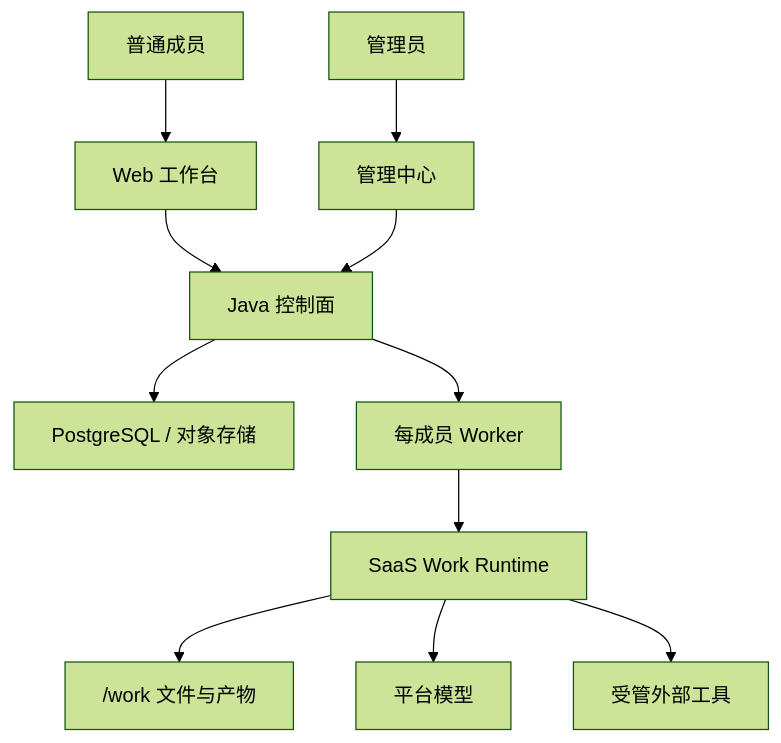
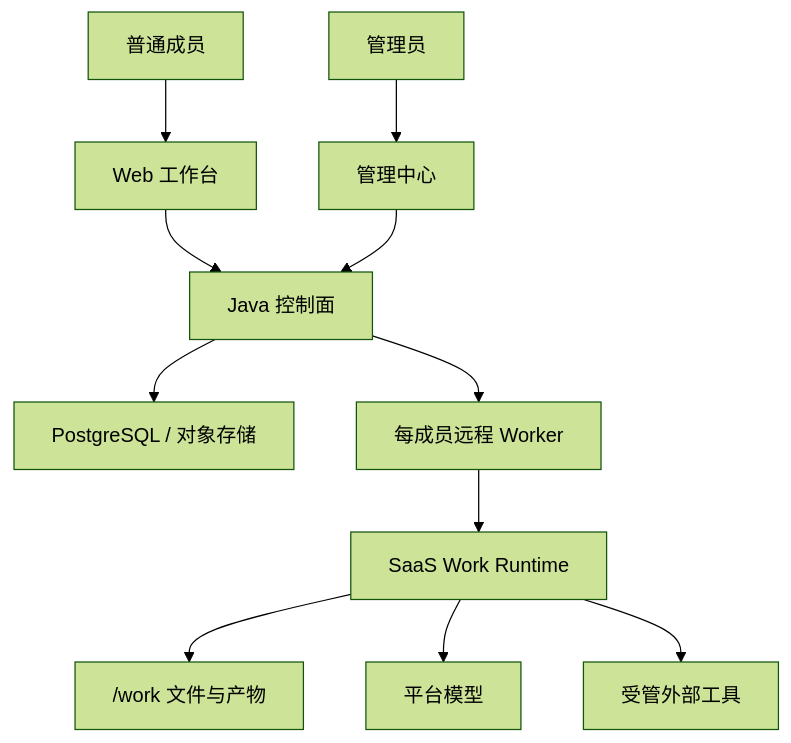
One commit to zzc-101/Kross changed the diagram in README.zh-CN.md. Above: the diagram before and after it, drawn with Mermaid (forest theme). The commit also changed other lines of this file and 1 other file, not shown here.

````diff
--- a/README.zh-CN.md
+++ b/README.zh-CN.md
@@ -53,13 +72,13 @@
 ```mermaid
 flowchart TB
     U["普通成员"] --> WEB["Web 工作台"]
     A["管理员"] --> ADMIN["管理中心"]
     WEB --> CP["Java 控制面"]
     ADMIN --> CP
     CP --> DB["PostgreSQL / 对象存储"]
-    CP --> W["每成员 Worker"]
+    CP --> W["每成员远程 Worker"]
     W --> R["SaaS Work Runtime"]
     R --> FS["/work 文件与产物"]
     R --> LLM["平台模型"]
     R --> EXT["受管外部工具"]
 ```
````
